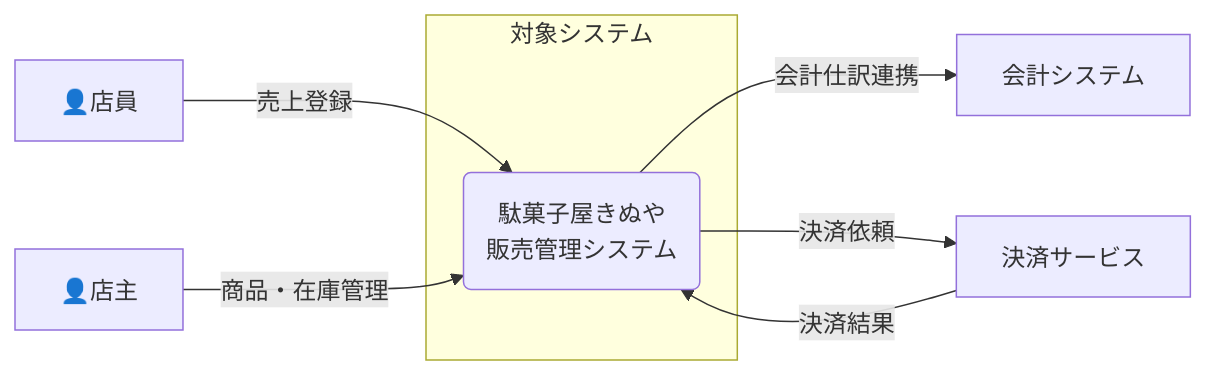
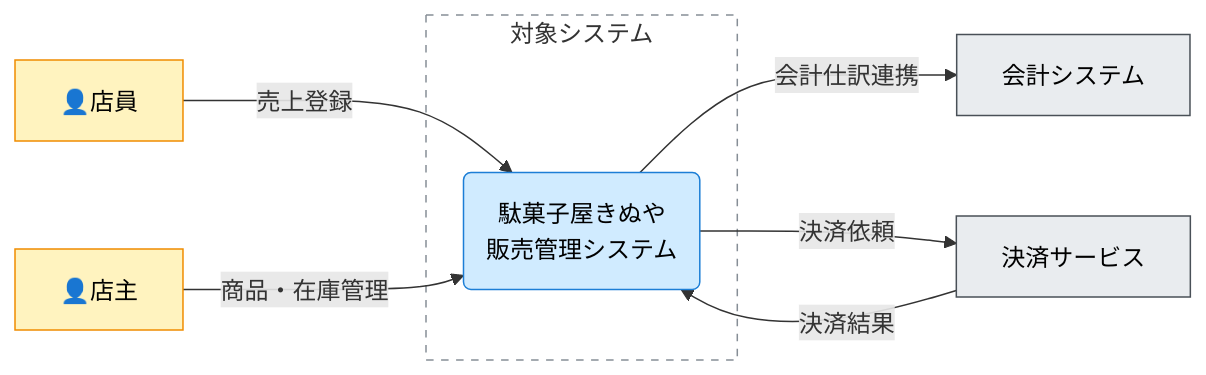
The eighth of 9 diagrams in docs/project/030-アーキテクチャ/010-C4コンテキスト図/cxd-mermaid-rules.md (naoji3x/grandma-candy-shop), drawn with Mermaid before and after one commit. The commit also changed other lines of this file, not shown here.

````diff
--- a/docs/project/030-アーキテクチャ/010-C4コンテキスト図/cxd-mermaid-rules.md
+++ b/docs/project/030-アーキテクチャ/010-C4コンテキスト図/cxd-mermaid-rules.md
@@ -137,23 +207,32 @@
 ```mermaid
 flowchart LR
   %% Person
   店員["👤店員"]
   店主["👤店主"]
 
   %% External Systems
   会計システム["会計システム"]
   決済サービス["決済サービス"]
 
   %% Target System Boundary
   subgraph 境界["対象システム"]
     販売管理システム("駄菓子屋きぬや<br>販売管理システム")
   end
 
   %% Relationships
   店員 -->|"売上登録"| 販売管理システム
   店主 -->|"商品・在庫管理"| 販売管理システム
 
   販売管理システム -->|"会計仕訳連携"| 会計システム
   販売管理システム -->|"決済依頼"| 決済サービス
   決済サービス -->|"決済結果"| 販売管理システム
+
+  %% Styles
+  classDef person fill:#fff3bf,stroke:#f08c00,color:#000;
+  classDef system fill:#d0ebff,stroke:#1c7ed6,color:#000;
+  classDef external fill:#e9ecef,stroke:#495057,color:#000;
+  class 店員,店主 person;
+  class 販売管理システム system;
+  class 会計システム,決済サービス external;
+  style 境界 fill:#ffffff,fill-opacity:0,stroke:#868e96,stroke-width:1px,stroke-dasharray: 5 5;
 ```
````
